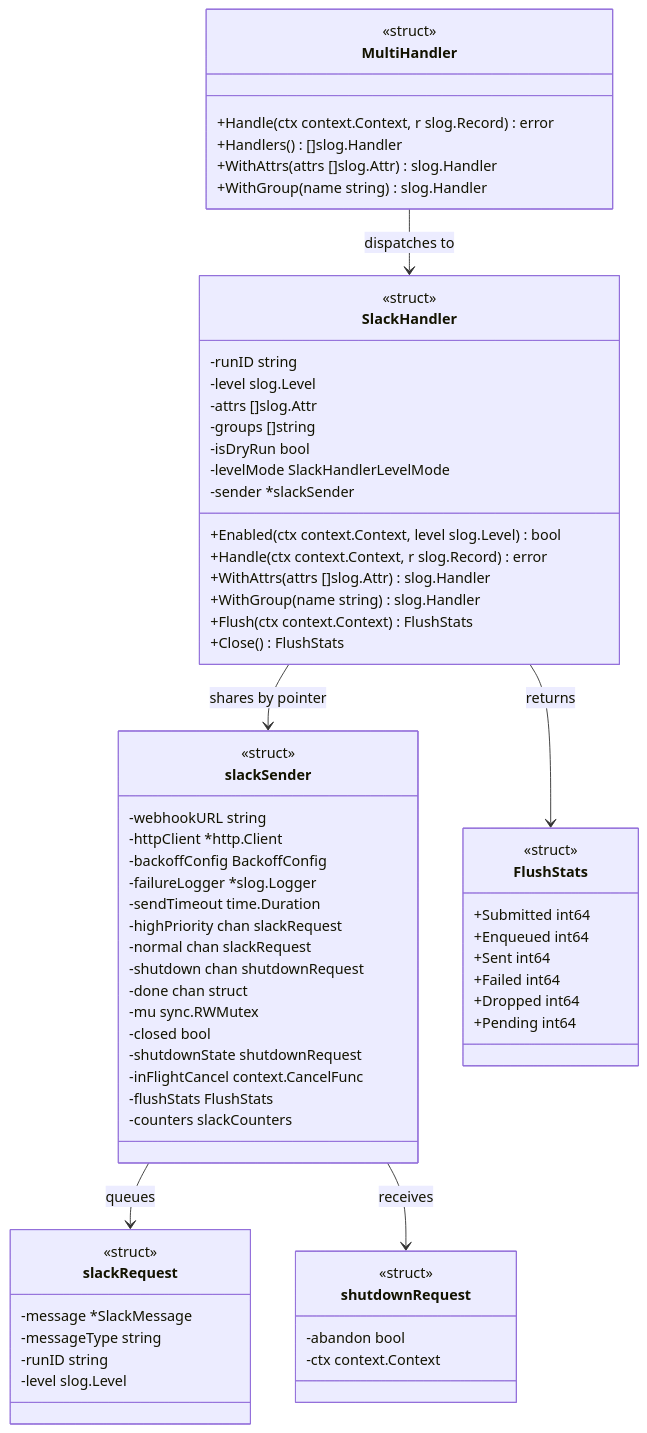
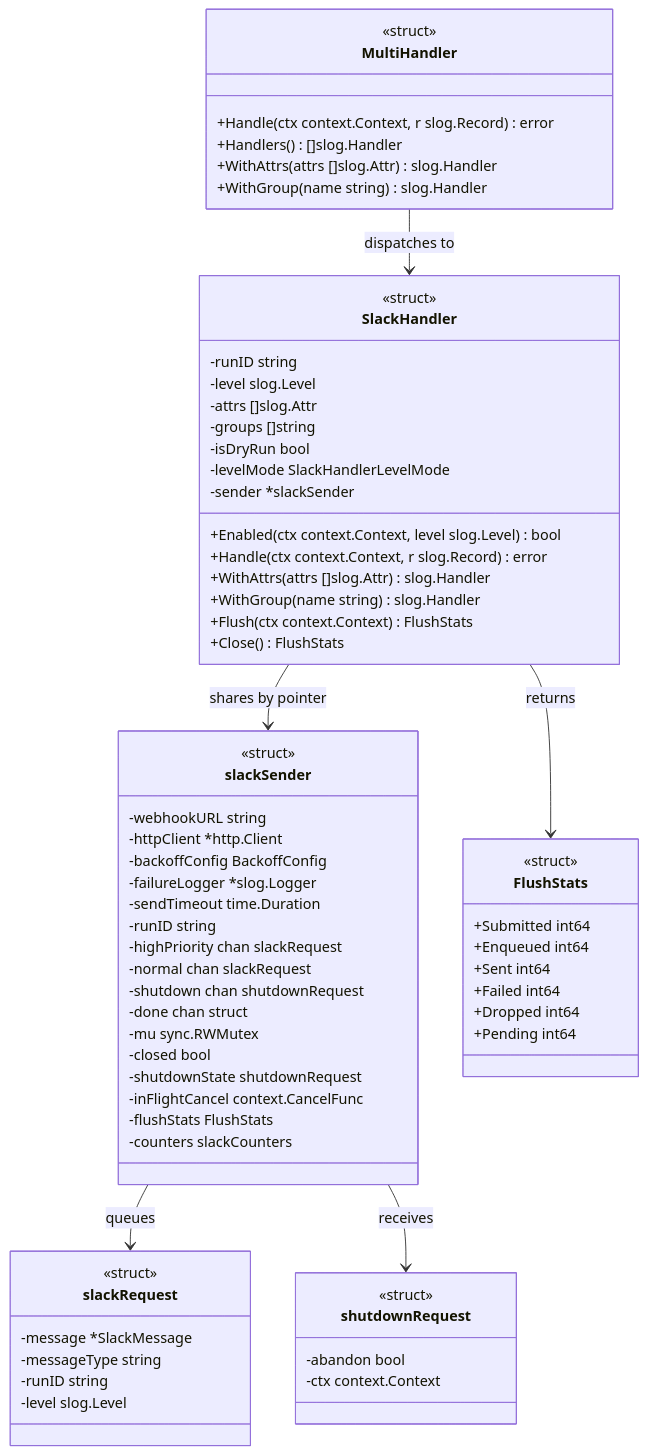
Before and after one commit to isseis/go-safe-cmd-runner: the seventh of 10 diagrams in docs/tasks/0163_redaction_coverage_and_slack_async/02_architecture.md, drawn with Mermaid. The commit also changed other lines of this file and 1 other file, not shown here.

````diff
--- a/docs/tasks/0163_redaction_coverage_and_slack_async/02_architecture.md
+++ b/docs/tasks/0163_redaction_coverage_and_slack_async/02_architecture.md
@@ -881,76 +886,77 @@
 ```mermaid
 classDiagram
     class SlackHandler {
         <<struct>>
         -runID string
         -level slog.Level
         -attrs []slog.Attr
         -groups []string
         -isDryRun bool
         -levelMode SlackHandlerLevelMode
         -sender *slackSender
         +Enabled(ctx context.Context, level slog.Level) bool
         +Handle(ctx context.Context, r slog.Record) error
         +WithAttrs(attrs []slog.Attr) slog.Handler
         +WithGroup(name string) slog.Handler
         +Flush(ctx context.Context) FlushStats
         +Close() FlushStats
     }
 
     class slackSender {
         <<struct>>
         -webhookURL string
         -httpClient *http.Client
         -backoffConfig BackoffConfig
         -failureLogger *slog.Logger
         -sendTimeout time.Duration
+        -runID string
         -highPriority chan slackRequest
         -normal chan slackRequest
         -shutdown chan shutdownRequest
         -done chan struct
         -mu sync.RWMutex
         -closed bool
         -shutdownState shutdownRequest
         -inFlightCancel context.CancelFunc
         -flushStats FlushStats
         -counters slackCounters
     }
 
     class slackRequest {
         <<struct>>
         -message *SlackMessage
         -messageType string
         -runID string
         -level slog.Level
     }
 
     class shutdownRequest {
         <<struct>>
         -abandon bool
         -ctx context.Context
     }
 
     class FlushStats {
         <<struct>>
         +Submitted int64
         +Enqueued int64
         +Sent int64
         +Failed int64
         +Dropped int64
         +Pending int64
     }
 
     class MultiHandler {
         <<struct>>
         +Handle(ctx context.Context, r slog.Record) error
         +Handlers() []slog.Handler
         +WithAttrs(attrs []slog.Attr) slog.Handler
         +WithGroup(name string) slog.Handler
     }
 
     SlackHandler --> slackSender : shares by pointer
     SlackHandler --> FlushStats : returns
     slackSender --> slackRequest : queues
     slackSender --> shutdownRequest : receives
     MultiHandler --> SlackHandler : dispatches to
 ```
````
